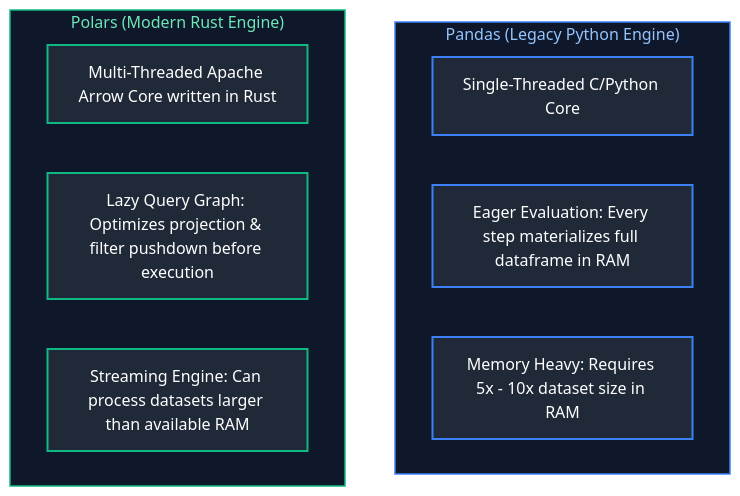
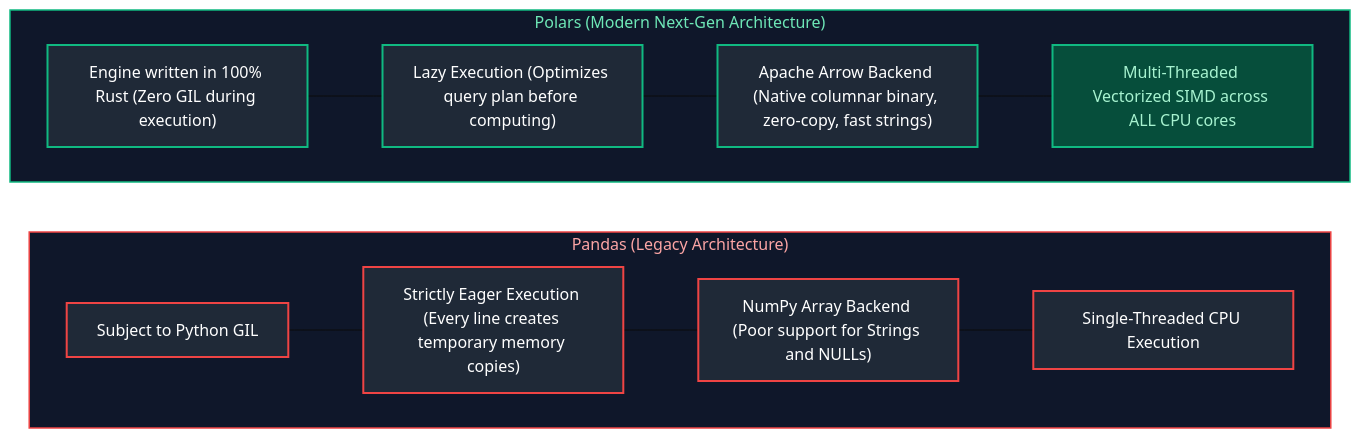
One commit to joydeep-biswas/Interview-Preparation changed the seventh of 9 diagrams in Data Engineering/03_python_for_data_engineering.md. Above: the diagram before and after it, drawn with Mermaid (base theme). The commit also changed other lines of this file and 143 other files, not shown here.

````diff
--- a/Data Engineering/03_python_for_data_engineering.md
+++ b/Data Engineering/03_python_for_data_engineering.md
@@ -358,24 +531,31 @@
 ```mermaid
-flowchart TD
-    subgraph PandasArch ["Pandas (Legacy Python Engine)"]
-        P1["Single-Threaded C/Python Core"]
-        P2["Eager Evaluation: Every step materializes full dataframe in RAM"]
-        P3["Memory Heavy: Requires 5x - 10x dataset size in RAM"]
+flowchart LR
+    subgraph PandasArch ["Pandas (Legacy Architecture)"]
+        direction LR
+        P_GIL["Subject to Python GIL"]
+        P_Eager["Strictly Eager Execution (Every line creates temporary memory copies)"]
+        P_NumPy["NumPy Array Backend (Poor support for Strings and NULLs)"]
+        P_Single["Single-Threaded CPU Execution"]
+        P_GIL --- P_Eager --- P_NumPy --- P_Single
     end
 
-    subgraph PolarsArch ["Polars (Modern Rust Engine)"]
-        PL1["Multi-Threaded Apache Arrow Core written in Rust"]
-        PL2["Lazy Query Graph: Optimizes projection & filter pushdown before execution"]
-        PL3["Streaming Engine: Can process datasets larger than available RAM"]
+    subgraph PolarsArch ["Polars (Modern Next-Gen Architecture)"]
+        direction LR
+        PL_Rust["Engine written in 100% Rust (Zero GIL during execution)"]
+        PL_Lazy["Lazy Execution (Optimizes query plan before computing)"]
+        PL_Arrow["Apache Arrow Backend (Native columnar binary, zero-copy, fast strings)"]
+        PL_Multi["Multi-Threaded Vectorized SIMD across ALL CPU cores"]
+        PL_Rust --- PL_Lazy --- PL_Arrow --- PL_Multi
     end
 
-    style PandasArch fill:#0f172a,stroke:#3b82f6,stroke-width:1.5px,color:#93c5fd
+    style PandasArch fill:#0f172a,stroke:#ef4444,stroke-width:1.5px,color:#fca5a5
     style PolarsArch fill:#0f172a,stroke:#10b981,stroke-width:1.5px,color:#6ee7b7
-
-    style P1 fill:#1f2937,stroke:#3b82f6,stroke-width:2px,color:#fff
-    style P2 fill:#1f2937,stroke:#3b82f6,stroke-width:2px,color:#fff
-    style P3 fill:#1f2937,stroke:#3b82f6,stroke-width:2px,color:#fff
-    style PL1 fill:#1f2937,stroke:#10b981,stroke-width:2px,color:#fff
-    style PL2 fill:#1f2937,stroke:#10b981,stroke-width:2px,color:#fff
-    style PL3 fill:#1f2937,stroke:#10b981,stroke-width:2px,color:#fff
+    style P_GIL fill:#1f2937,stroke:#ef4444,stroke-width:2px,color:#fff
+    style P_Eager fill:#1f2937,stroke:#ef4444,stroke-width:2px,color:#fff
+    style P_NumPy fill:#1f2937,stroke:#ef4444,stroke-width:2px,color:#fff
+    style P_Single fill:#1f2937,stroke:#ef4444,stroke-width:2px,color:#fff
+    style PL_Rust fill:#1f2937,stroke:#10b981,stroke-width:2px,color:#fff
+    style PL_Lazy fill:#1f2937,stroke:#10b981,stroke-width:2px,color:#fff
+    style PL_Arrow fill:#1f2937,stroke:#10b981,stroke-width:2px,color:#fff
+    style PL_Multi fill:#064e3b,stroke:#10b981,stroke-width:2px,color:#a7f3d0
 ```
````
